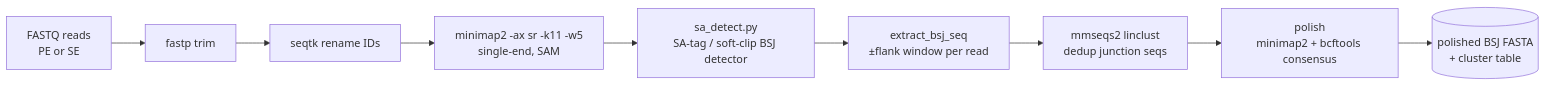
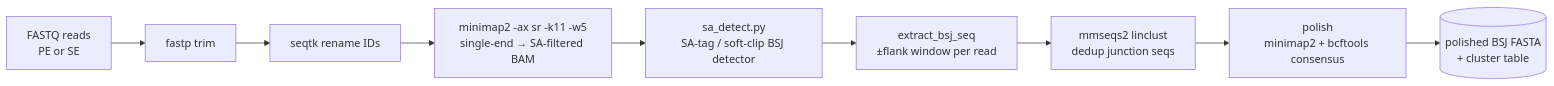
The diagram in README.md (roachlab/bsj_finder), drawn with Mermaid before and after one commit. The commit also changed other lines of this file and 3 other files, not shown here.

Commit message:
DEV: update pipeline to save BAM instead of gziped SAM; filter during alignment on-the-fly to remove non chimeric alignments

````diff
--- a/README.md
+++ b/README.md
@@ -67,11 +67,11 @@
 ```mermaid
 flowchart LR
     A[FASTQ reads<br/>PE or SE] --> B[fastp trim]
     B --> C[seqtk rename IDs]
-    C --> D["minimap2 -ax sr -k11 -w5<br/>single-end, SAM"]
+    C --> D["minimap2 -ax sr -k11 -w5<br/>single-end → SA-filtered BAM"]
     D --> E["sa_detect.py<br/>SA-tag / soft-clip BSJ detector"]
     E --> F["extract_bsj_seq<br/>±flank window per read"]
     F --> G["mmseqs2 linclust<br/>dedup junction seqs"]
     G --> H["polish<br/>minimap2 + bcftools consensus"]
     H --> I[(polished BSJ FASTA<br/>+ cluster table)]
 ```
````
